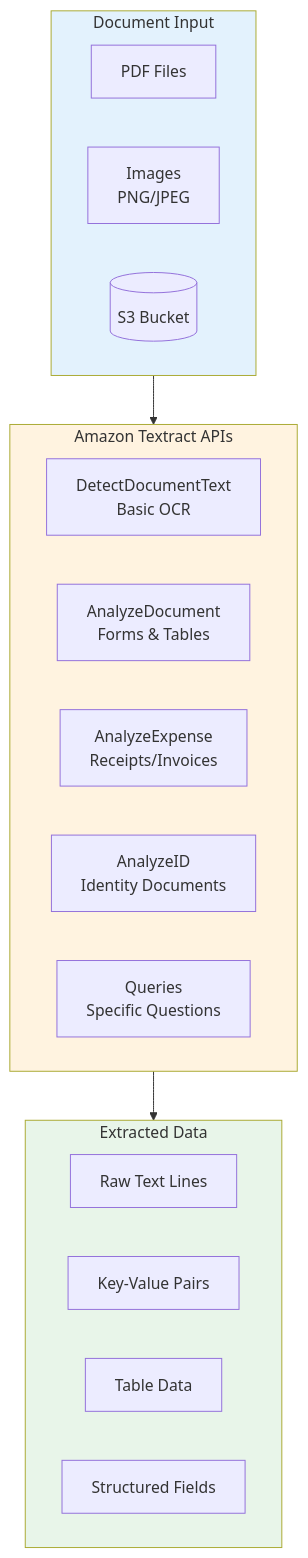
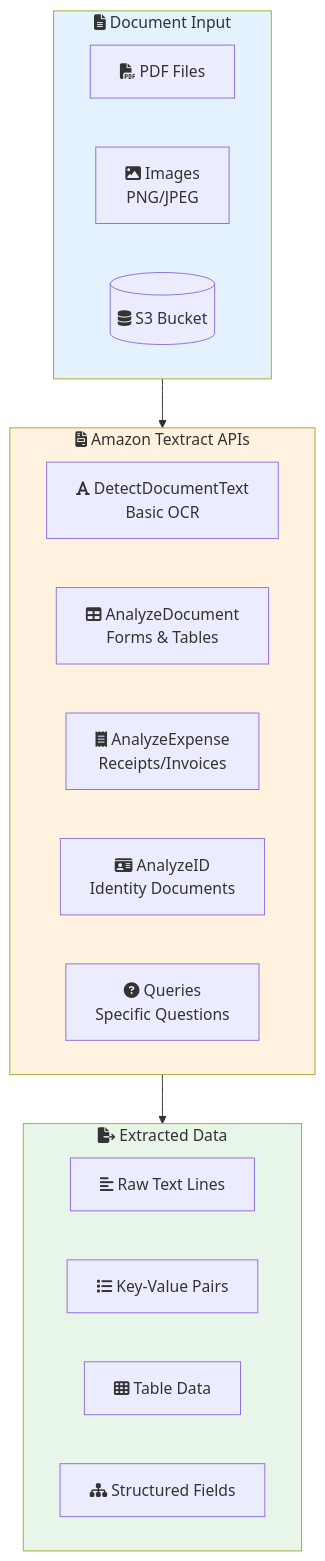
The first of 3 diagrams in aws-ml-associate-prep/12-textract-docs/LAB.md (vinu76jsr/aws-sample-projects), drawn with Mermaid before and after one commit. The commit also changed other lines of this file and 15 other files, not shown here.

First line of the commit message:
Add Font Awesome icons to all Mermaid diagrams

````diff
--- a/aws-ml-associate-prep/12-textract-docs/LAB.md
+++ b/aws-ml-associate-prep/12-textract-docs/LAB.md
@@ -14,30 +14,30 @@
 ```mermaid
 flowchart TB
-    subgraph Input["Document Input"]
-        PDF[PDF Files]
-        Images[Images<br/>PNG/JPEG]
-        S3[(S3 Bucket)]
+    subgraph Input["fa:fa-file-alt Document Input"]
+        PDF[fa:fa-file-pdf PDF Files]
+        Images[fa:fa-image Images<br/>PNG/JPEG]
+        S3[(fa:fa-database S3 Bucket)]
     end
 
-    subgraph Textract["Amazon Textract APIs"]
-        Detect[DetectDocumentText<br/>Basic OCR]
-        Analyze[AnalyzeDocument<br/>Forms & Tables]
-        Expense[AnalyzeExpense<br/>Receipts/Invoices]
-        ID[AnalyzeID<br/>Identity Documents]
-        Queries[Queries<br/>Specific Questions]
+    subgraph Textract["fa:fa-file-invoice Amazon Textract APIs"]
+        Detect[fa:fa-font DetectDocumentText<br/>Basic OCR]
+        Analyze[fa:fa-table AnalyzeDocument<br/>Forms & Tables]
+        Expense[fa:fa-receipt AnalyzeExpense<br/>Receipts/Invoices]
+        ID[fa:fa-id-card AnalyzeID<br/>Identity Documents]
+        Queries[fa:fa-question-circle Queries<br/>Specific Questions]
     end
 
-    subgraph Output["Extracted Data"]
-        Text[Raw Text Lines]
-        KV[Key-Value Pairs]
-        Tables[Table Data]
-        Structured[Structured Fields]
+    subgraph Output["fa:fa-file-export Extracted Data"]
+        Text[fa:fa-align-left Raw Text Lines]
+        KV[fa:fa-list Key-Value Pairs]
+        Tables[fa:fa-th Table Data]
+        Structured[fa:fa-sitemap Structured Fields]
     end
 
     Input --> Textract
     Textract --> Output
 
     style Input fill:#e3f2fd
     style Textract fill:#fff3e0
     style Output fill:#e8f5e9
 ```
````
